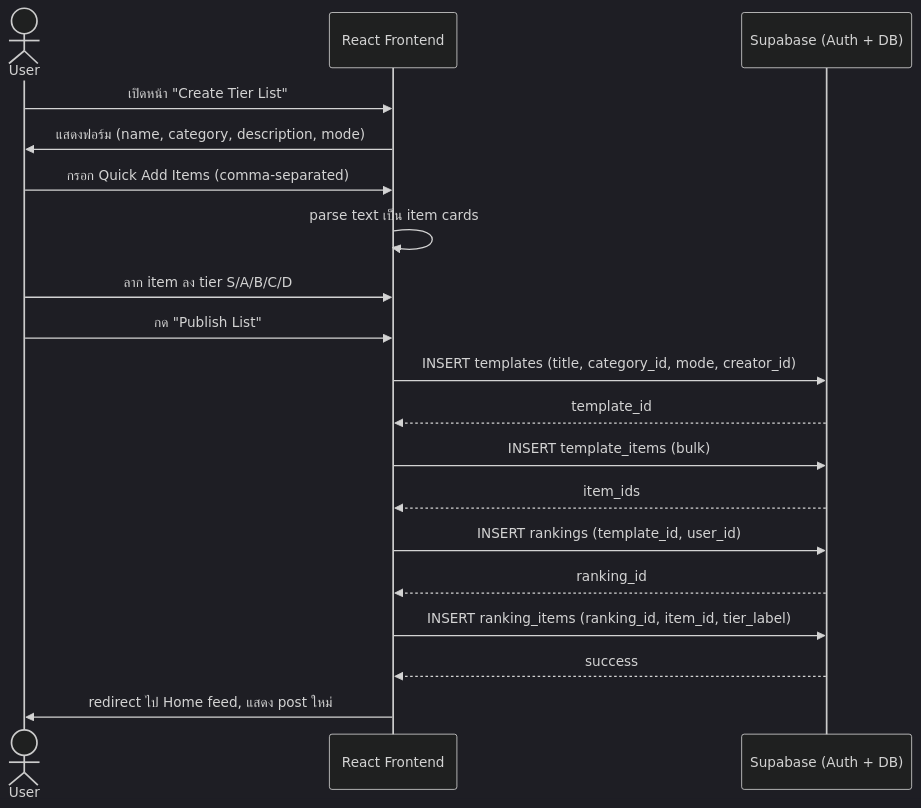
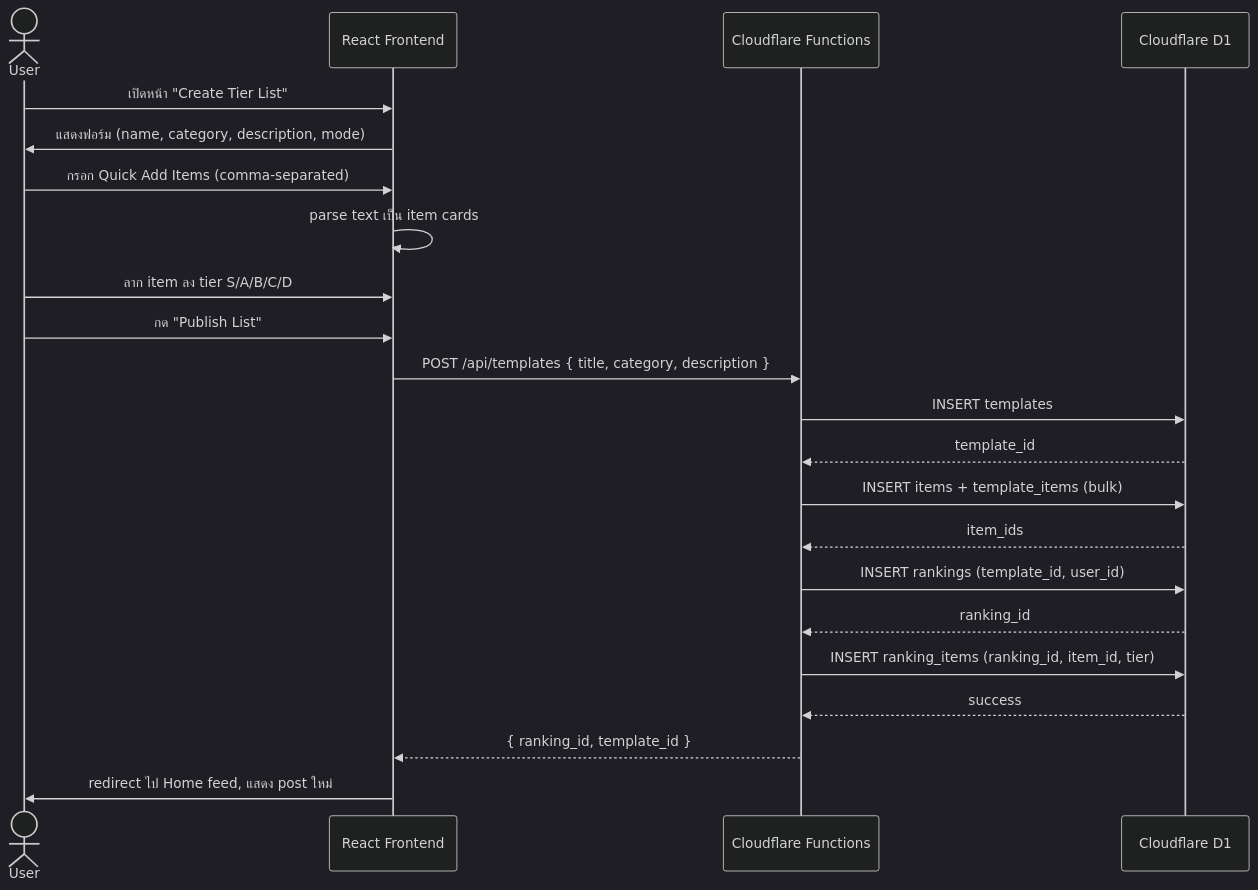
Before and after one commit to Altroria-Art/Tear-of-God: the third of 4 diagrams in SDS.md, drawn with Mermaid (dark theme). The commit also changed other lines of this file and 1 other file, not shown here.

````diff
--- a/SDS.md
+++ b/SDS.md
@@ -269,22 +280,25 @@
 ```mermaid
 sequenceDiagram
     actor U as User
     participant FE as React Frontend
-    participant SB as Supabase (Auth + DB)
+    participant FN as Cloudflare Functions
+    participant D1 as Cloudflare D1
 
     U->>FE: เปิดหน้า "Create Tier List"
     FE->>U: แสดงฟอร์ม (name, category, description, mode)
     U->>FE: กรอก Quick Add Items (comma-separated)
     FE->>FE: parse text เป็น item cards
     U->>FE: ลาก item ลง tier S/A/B/C/D
     U->>FE: กด "Publish List"
-    FE->>SB: INSERT templates (title, category_id, mode, creator_id)
-    SB-->>FE: template_id
-    FE->>SB: INSERT template_items (bulk)
-    SB-->>FE: item_ids
-    FE->>SB: INSERT rankings (template_id, user_id)
-    SB-->>FE: ranking_id
-    FE->>SB: INSERT ranking_items (ranking_id, item_id, tier_label)
-    SB-->>FE: success
+    FE->>FN: POST /api/templates { title, category, description }
+    FN->>D1: INSERT templates
+    D1-->>FN: template_id
+    FN->>D1: INSERT items + template_items (bulk)
+    D1-->>FN: item_ids
+    FN->>D1: INSERT rankings (template_id, user_id)
+    D1-->>FN: ranking_id
+    FN->>D1: INSERT ranking_items (ranking_id, item_id, tier)
+    D1-->>FN: success
+    FN-->>FE: { ranking_id, template_id }
     FE->>U: redirect ไป Home feed, แสดง post ใหม่
 ```
````
